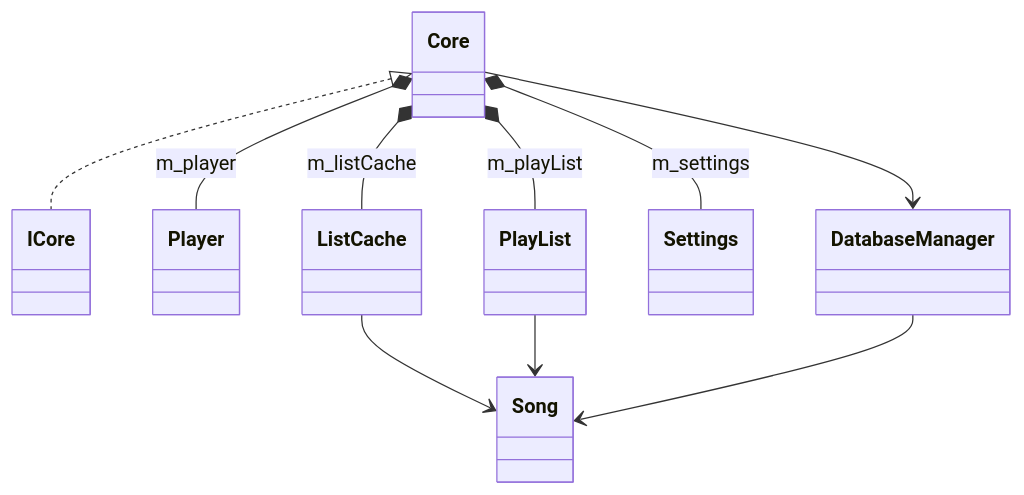
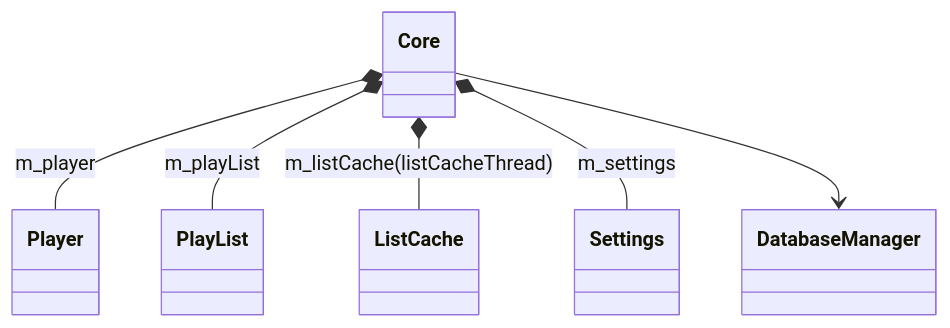
One commit to leejkee/TrayMusicPlayer changed the second of 3 diagrams in docs/UML/index.md. Above: the diagram before and after it, drawn with Mermaid. The commit also changed other lines of this file and 8 other files, not shown here.

````diff
--- a/docs/UML/index.md
+++ b/docs/UML/index.md
@@ -55,26 +27,17 @@
 ```mermaid
 classDiagram
 %% Core 层（逻辑类）
 class Core
-class ICore
 class Player
 class PlayList
 class ListCache
 class Settings
-class Song
 class DatabaseManager
-
 
 Core *-- Player : m_player
 Core *-- PlayList : m_playList
-Core *-- ListCache : m_listCache
+Core *-- ListCache : m_listCache(listCacheThread)
 Core *-- Settings : m_settings
 Core --> DatabaseManager
 
-ListCache --> Song
-PlayList --> Song
-DatabaseManager --> Song
-
-
-Core <|.. ICore
 ```
````
